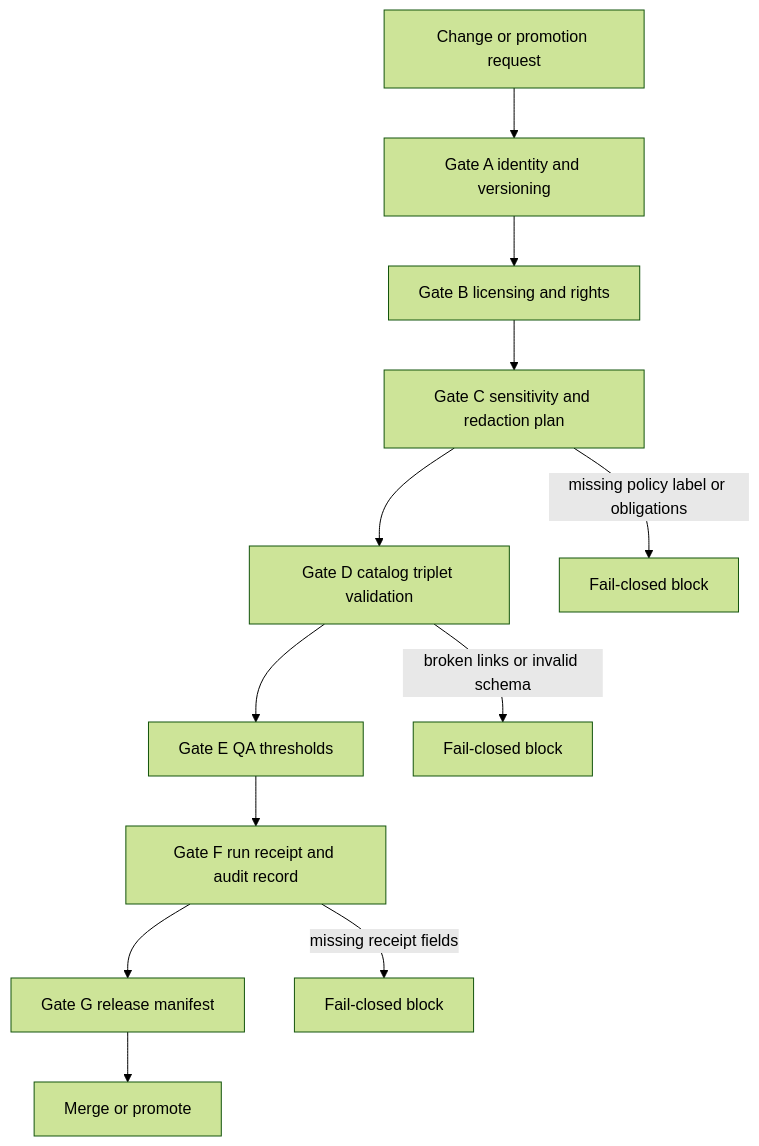
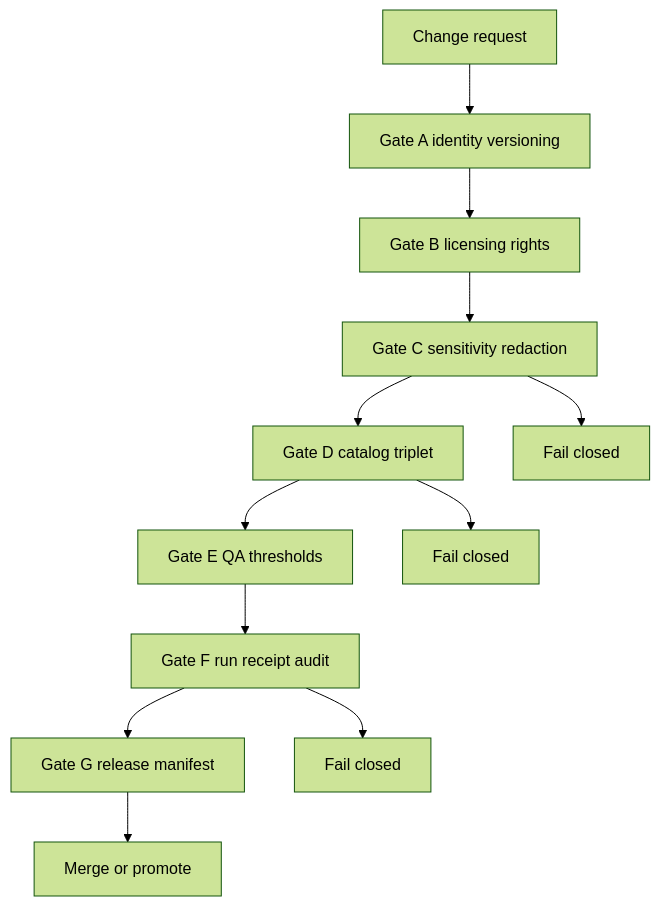
The second of 2 diagrams in tests/README.md (bartytime4life/Kansas-Frontier-Matrix), drawn with Mermaid (forest theme) before and after one commit. The commit also changed other lines of this file, not shown here.

First line of the commit message:
Revise README for version update and policy clarity

````diff
--- a/tests/README.md
+++ b/tests/README.md
@@ -158,15 +239,15 @@
 ```mermaid
 flowchart TB
-  PR[Change or promotion request] --> A[Gate A identity and versioning]
-  A --> B[Gate B licensing and rights]
-  B --> C[Gate C sensitivity and redaction plan]
-  C --> D[Gate D catalog triplet validation]
+  PR[Change request] --> A[Gate A identity versioning]
+  A --> B[Gate B licensing rights]
+  B --> C[Gate C sensitivity redaction]
+  C --> D[Gate D catalog triplet]
   D --> E[Gate E QA thresholds]
-  E --> F[Gate F run receipt and audit record]
+  E --> F[Gate F run receipt audit]
   F --> G[Gate G release manifest]
   G --> OK[Merge or promote]
 
-  D -->|broken links or invalid schema| BLOCK1[Fail-closed block]
-  C -->|missing policy label or obligations| BLOCK2[Fail-closed block]
-  F -->|missing receipt fields| BLOCK3[Fail-closed block]
+  D --> Block1[Fail closed]
+  C --> Block2[Fail closed]
+  F --> Block3[Fail closed]
 ```
````
